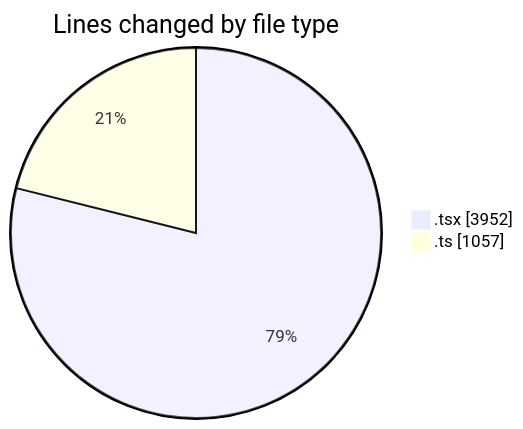
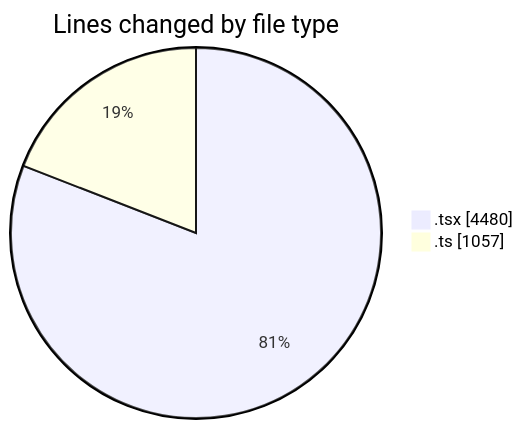
The first of 2 diagrams in 2025-07-02/cda/README.md (momahboobian/code-tracking), drawn with Mermaid before and after one commit. The commit also changed other lines of this file and 1 other file, not shown here.

````diff
--- a/2025-07-02/cda/README.md
+++ b/2025-07-02/cda/README.md
@@ -32,6 +32,6 @@
 ```mermaid
 pie showData
 title Lines changed by file type
-".tsx" : 3952
+".tsx" : 4480
 ".ts" : 1057
 ```
````
